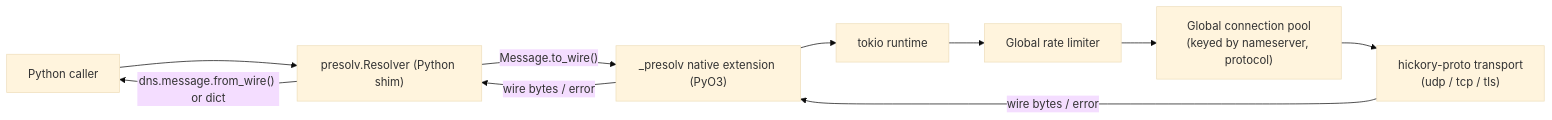
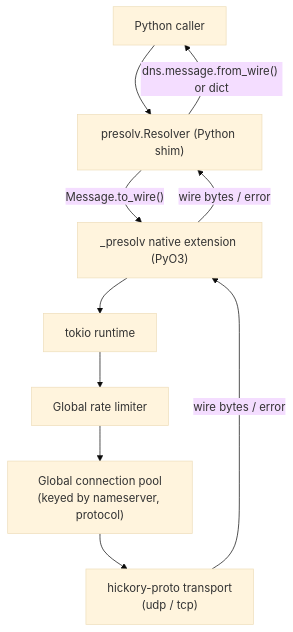
Before and after one commit to inabox099/presolv: the diagram in sepc.md, drawn with Mermaid (base theme). The commit also changed other lines of this file, not shown here.

````diff
--- a/sepc.md
+++ b/sepc.md
@@ -29,12 +23,12 @@
 ```mermaid
-flowchart LR
+flowchart TD
     A[Python caller] --> B["presolv.Resolver (Python shim)"]
     B -- "Message.to_wire()" --> C["_presolv native extension (PyO3)"]
     C --> D[tokio runtime]
     D --> E[Global rate limiter]
     E --> F["Global connection pool\n(keyed by nameserver, protocol)"]
-    F --> G["hickory-proto transport\n(udp / tcp / tls)"]
+    F --> G["hickory-proto transport\n(udp / tcp)"]
     G -- wire bytes / error --> C
     C -- "wire bytes / error" --> B
     B -- "dns.message.from_wire() or dict" --> A
 ```
````
